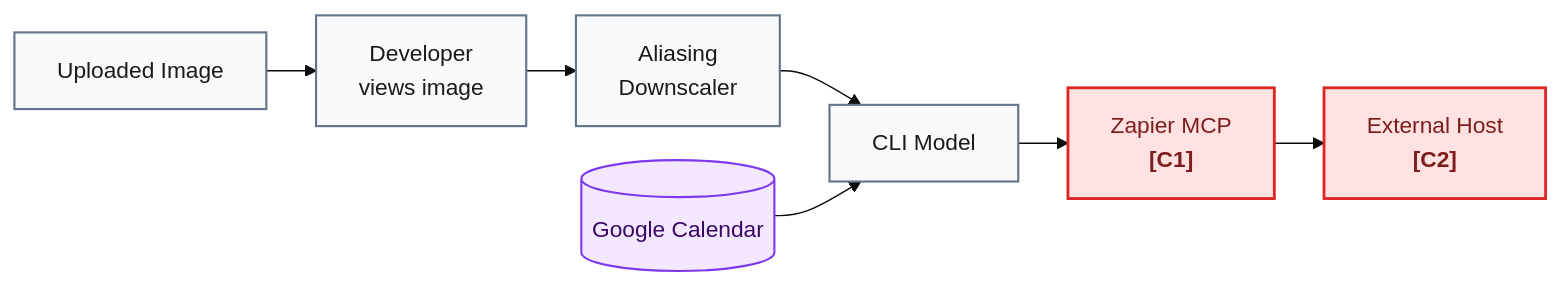
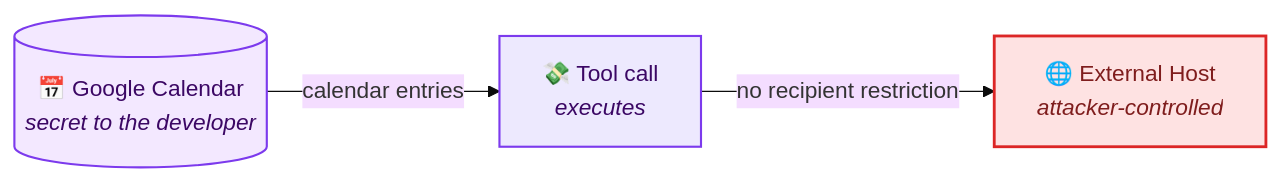
The seventh of 8 diagrams in whitepapers/modality_agnostic_taxonomy.md (cosai-oasis/ws4-secure-design-agentic-systems), drawn with Mermaid (base theme) before and after one commit. The commit also changed other lines of this file, not shown here.

````diff
--- a/whitepapers/modality_agnostic_taxonomy.md
+++ b/whitepapers/modality_agnostic_taxonomy.md
@@ -909,14 +411,13 @@
 ```mermaid
-%%{init: {"flowchart": {"nodeSpacing": 24, "rankSpacing": 35}}}%%
 flowchart LR
-    SRC["Uploaded Image"]:::neutral --> USR["Developer<br/>views image"]:::neutral
-    USR --> DSC["Aliasing<br/>Downscaler"]:::neutral
-    DSC --> LLM["CLI Model"]:::neutral
-    CAL[("Google Calendar")]:::store --> LLM
-    LLM --> MCP["Zapier MCP<br/><b>[C1]</b>"]:::sink
-    MCP --> EXT["External Host<br/><b>[C2]</b>"]:::sink
+    ACT["💸 Tool call<br/><i>executes</i>"]:::executor
+    CAL[("📅 Google Calendar<br/><i>secret to the developer</i>")]:::store
+    EXT["🌐 External Host<br/><i>attacker-controlled</i>"]:::receiver
 
-    classDef neutral fill:#f8fafc,stroke:#64748b,stroke-width:1.5px,color:#1c1917
+    CAL -- "calendar entries" --> ACT
+    ACT -- "no recipient restriction" --> EXT
+
+    classDef executor fill:#ede9fe,stroke:#7c3aed,stroke-width:1.5px,color:#3b0764
     classDef store fill:#f3e8ff,stroke:#7c3aed,stroke-width:1.5px,color:#3b0764
-    classDef sink fill:#fee2e2,stroke:#dc2626,stroke-width:2px,color:#7f1d1d
+    classDef receiver fill:#fee2e2,stroke:#dc2626,stroke-width:2px,color:#7f1d1d
 ```
````
